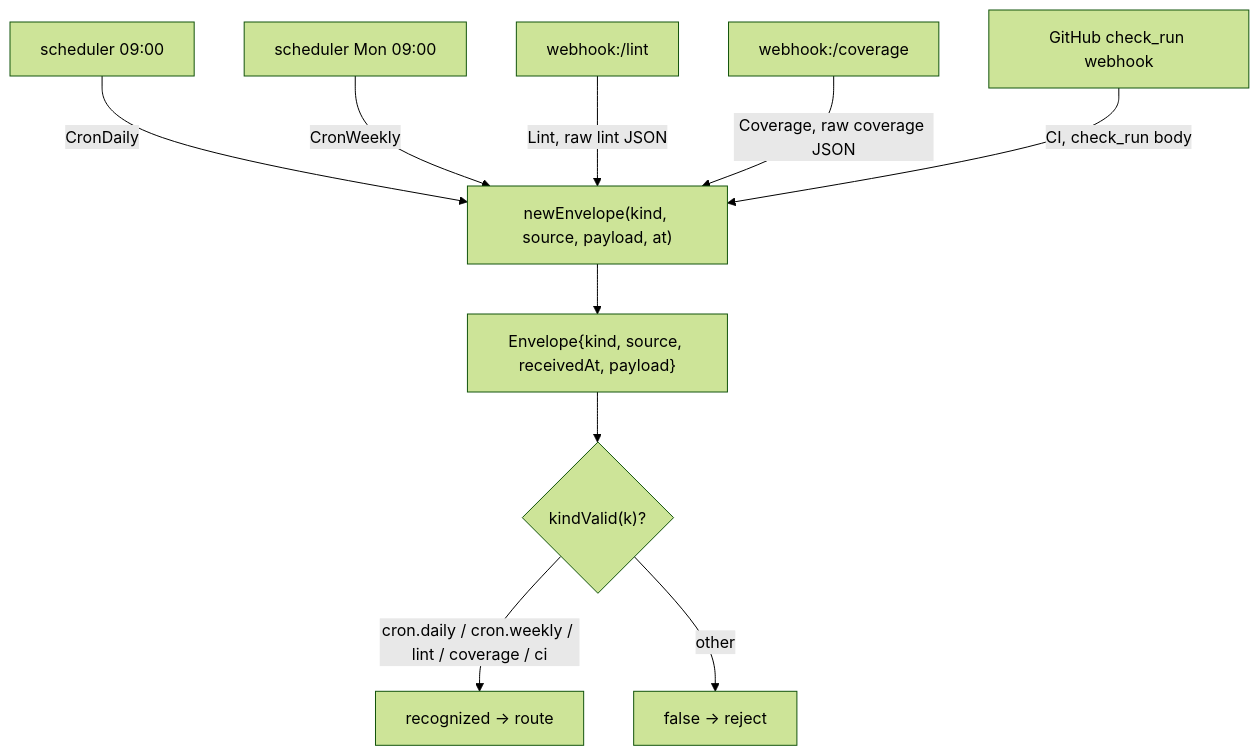
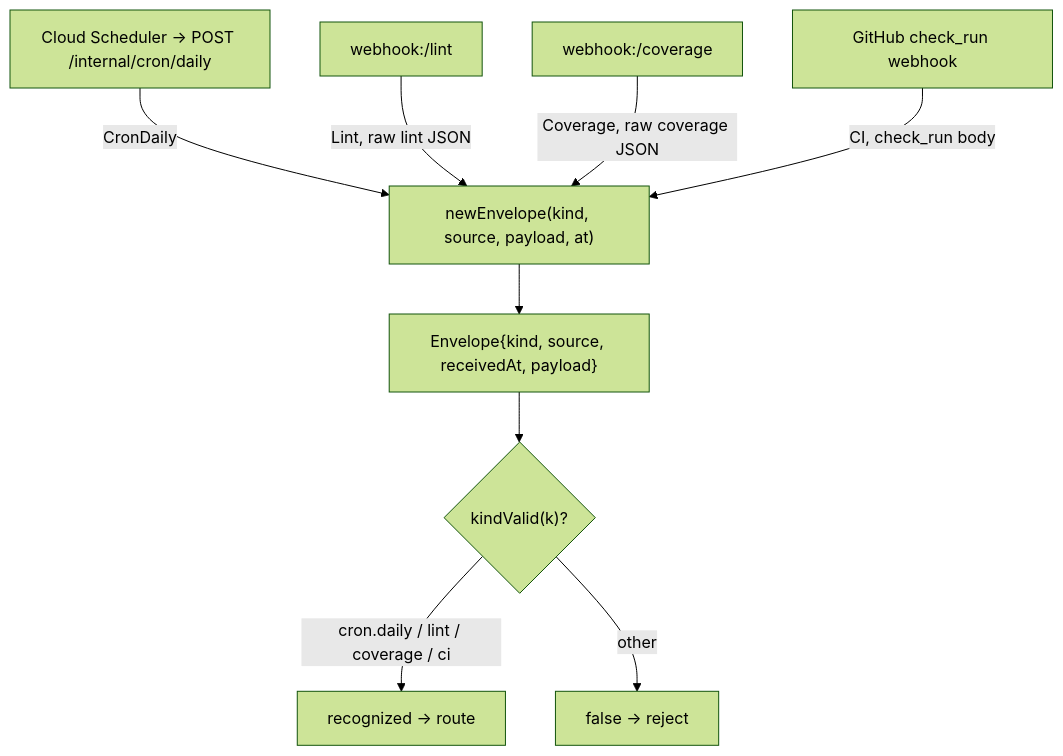
One commit to jkjamies/automation-agent changed the diagram in javascript/src/ingest/AGENTS.md. Above: the diagram before and after it, drawn with Mermaid (forest theme). The commit also changed other lines of this file and 98 other files, not shown here.

First line of the commit message:
Drop in-process cron + weekly digest; Cloud Scheduler is the sole trigger (#7)

````diff
--- a/javascript/src/ingest/AGENTS.md
+++ b/javascript/src/ingest/AGENTS.md
@@ -7,12 +7,11 @@
 ```mermaid
 flowchart TD
-    S1[scheduler 09:00] -->|CronDaily| N
-    S2[scheduler Mon 09:00] -->|CronWeekly| N
+    S1["Cloud Scheduler -> POST /internal/cron/daily"] -->|CronDaily| N
     W1["webhook:/lint"] -->|Lint, raw lint JSON| N
     W2["webhook:/coverage"] -->|Coverage, raw coverage JSON| N
     W3[GitHub check_run webhook] -->|CI, check_run body| N
     N["newEnvelope(kind, source, payload, at)"] --> E["Envelope{kind, source, receivedAt, payload}"]
     E --> V{"kindValid(k)?"}
-    V -->|"cron.daily / cron.weekly / lint / coverage / ci"| OK[recognized -> route]
+    V -->|"cron.daily / lint / coverage / ci"| OK[recognized -> route]
     V -->|other| BAD[false -> reject]
 ```
````
